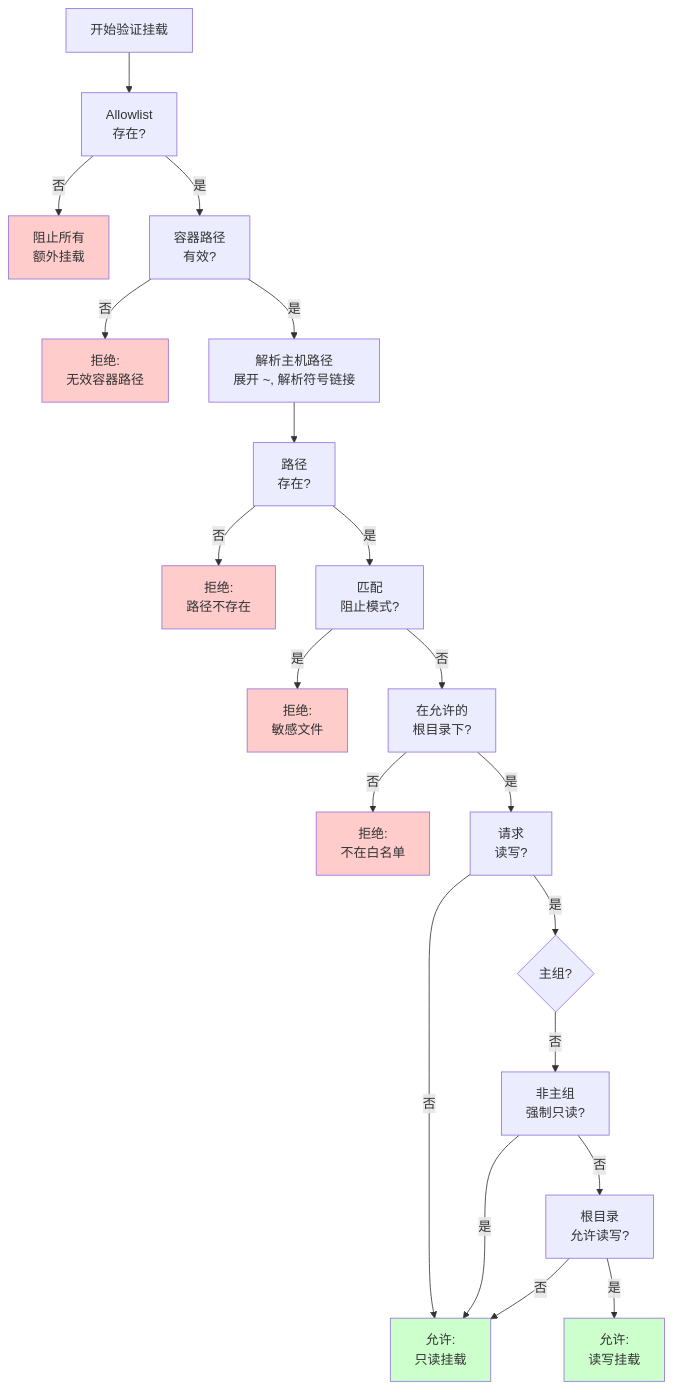
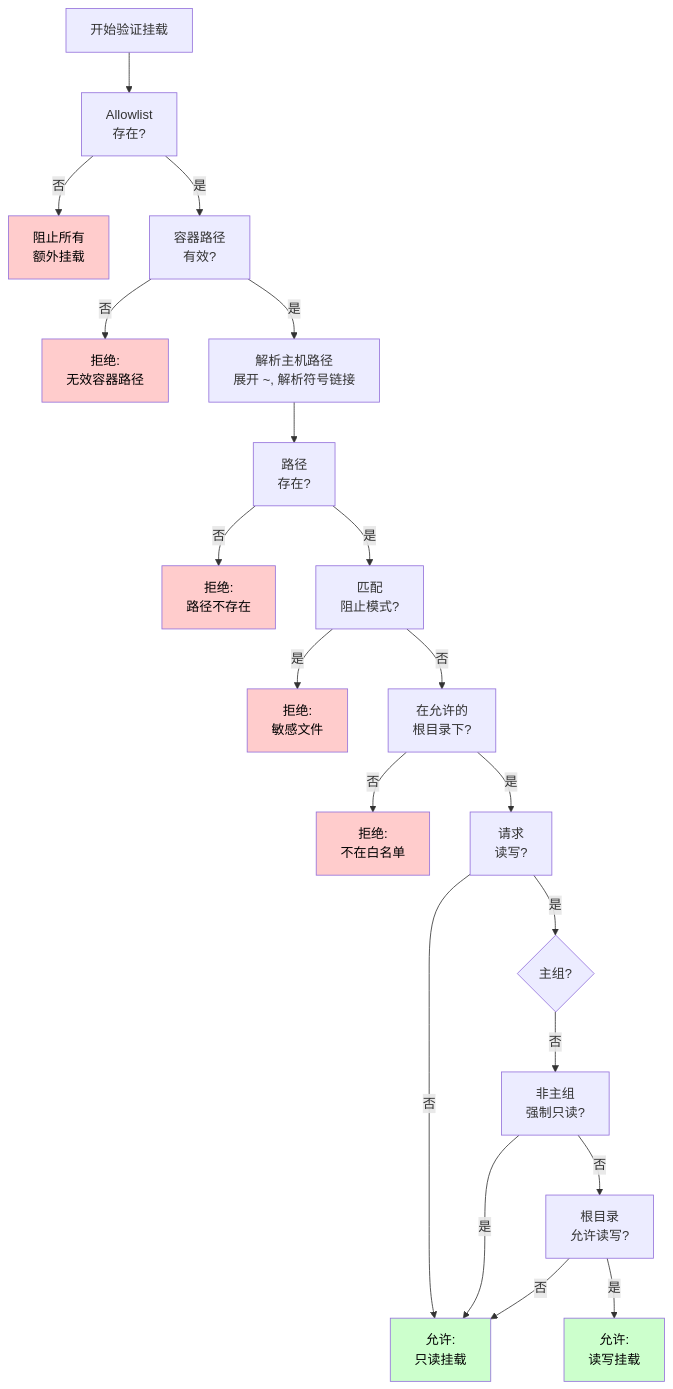
Diagram 14 of 22 in analysis/附录-架构图集.md (cloudyan/nanoclaw), drawn with Mermaid before and after one commit. The commit also changed other lines of this file and 1 other file, not shown here.

Commit message:
docs: improve diagram readability with explicit text color

````diff
--- a/analysis/附录-架构图集.md
+++ b/analysis/附录-架构图集.md
@@ -763,37 +763,37 @@
 ```mermaid
 flowchart TD
     Start[开始验证挂载] --> CheckAllowlist["Allowlist<br/>存在?"]
     CheckAllowlist -->|否| Block1["阻止所有<br/>额外挂载"]
     CheckAllowlist -->|是| CheckContainerPath["容器路径<br/>有效?"]
 
     CheckContainerPath -->|否| Block2["拒绝:<br/>无效容器路径"]
     CheckContainerPath -->|是| ResolvePath["解析主机路径<br/>展开 ~, 解析符号链接"]
 
     ResolvePath --> PathExists["路径<br/>存在?"]
     PathExists -->|否| Block3["拒绝:<br/>路径不存在"]
     PathExists -->|是| CheckBlocked["匹配<br/>阻止模式?"]
 
     CheckBlocked -->|是| Block4["拒绝:<br/>敏感文件"]
     CheckBlocked -->|否| CheckAllowedRoot["在允许的<br/>根目录下?"]
 
     CheckAllowedRoot -->|否| Block5["拒绝:<br/>不在白名单"]
     CheckAllowedRoot -->|是| CheckReadWrite["请求<br/>读写?"]
 
     CheckReadWrite -->|否| AllowRO["允许:<br/>只读挂载"]
     CheckReadWrite -->|是| CheckMainGroup{主组?}
 
     CheckMainGroup -->|否| CheckNonMainRO["非主组<br/>强制只读?"]
     CheckNonMainRO -->|是| AllowRO
     CheckNonMainRO -->|否| CheckRootRW["根目录<br/>允许读写?"]
 
     CheckRootRW -->|否| AllowRO
     CheckRootRW -->|是| AllowRW["允许:<br/>读写挂载"]
 
-    style Block1 fill:#ffcccc
-    style Block2 fill:#ffcccc
-    style Block3 fill:#ffcccc
-    style Block4 fill:#ffcccc
-    style Block5 fill:#ffcccc
-    style AllowRO fill:#ccffcc
-    style AllowRW fill:#ccffcc
+    style Block1 fill:#ffcccc,color:#000000
+    style Block2 fill:#ffcccc,color:#000000
+    style Block3 fill:#ffcccc,color:#000000
+    style Block4 fill:#ffcccc,color:#000000
+    style Block5 fill:#ffcccc,color:#000000
+    style AllowRO fill:#ccffcc,color:#000000
+    style AllowRW fill:#ccffcc,color:#000000
 ```
````
